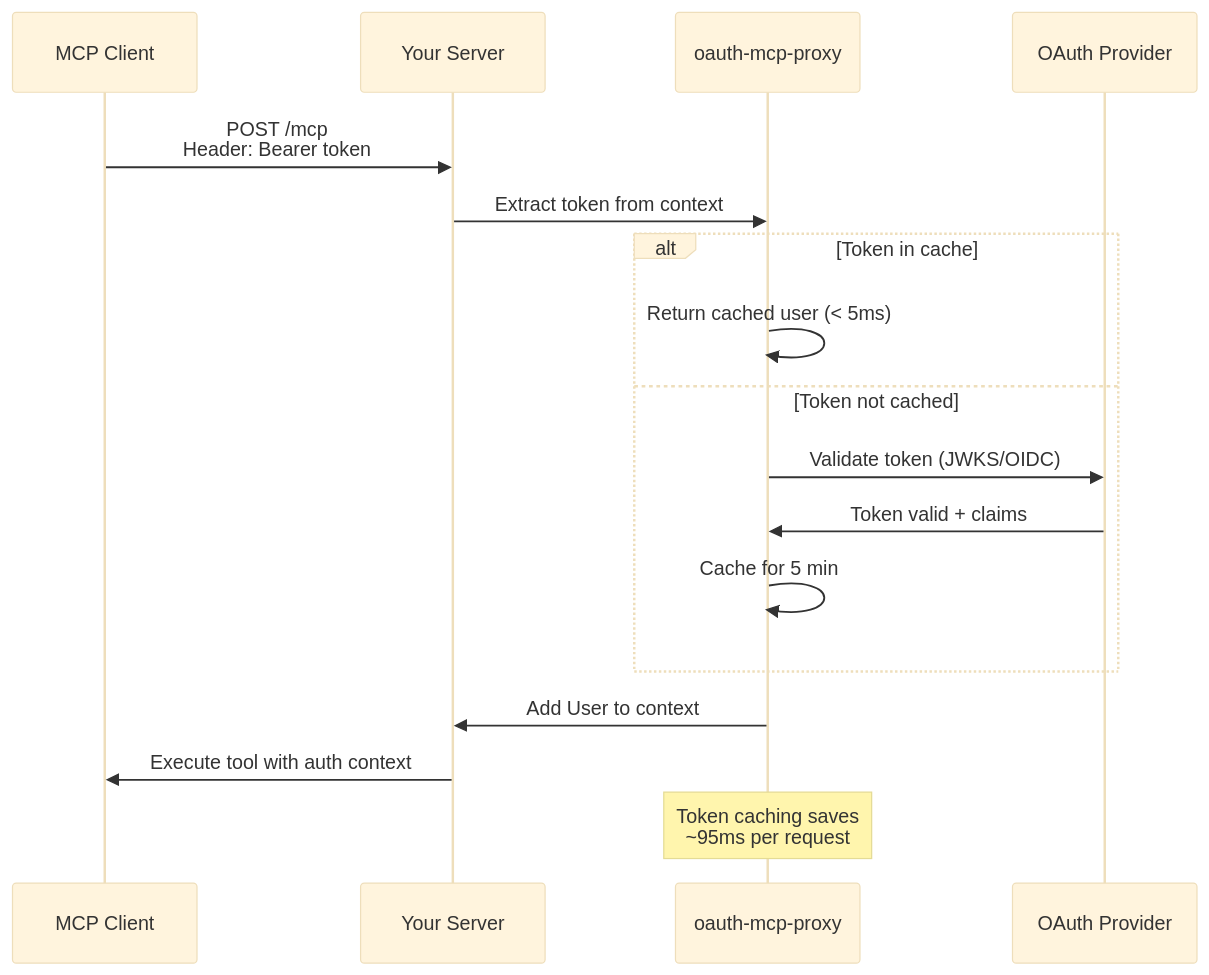
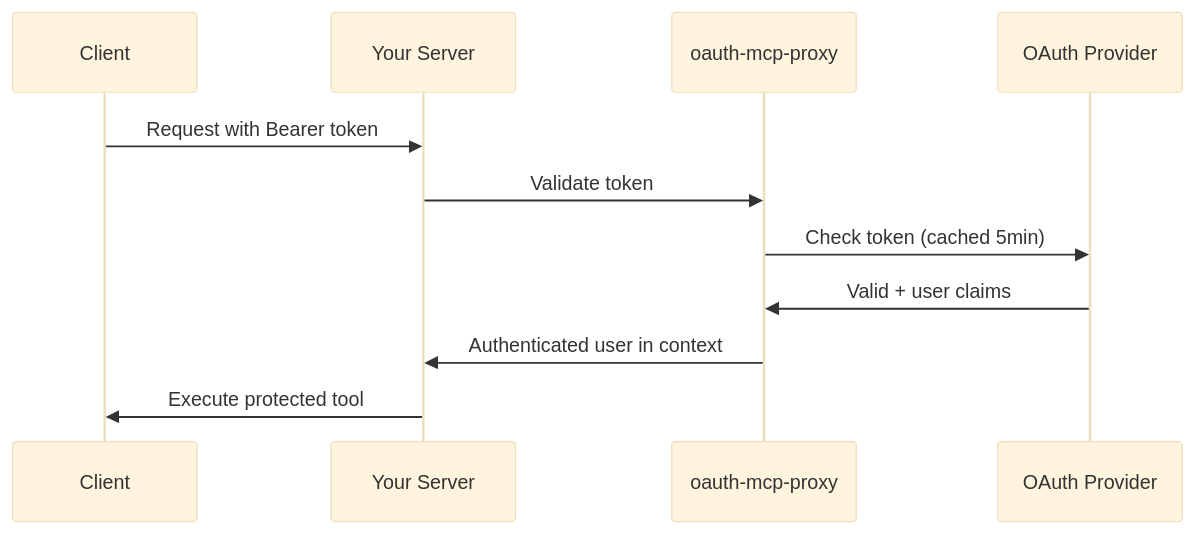
The diagram in README.md (tuannvm/oauth-mcp-proxy), drawn with Mermaid (base theme) before and after one commit. The commit also changed other lines of this file and 28 other files, not shown here.

````diff
--- a/README.md
+++ b/README.md
@@ -84,23 +41,14 @@
 ```mermaid
 sequenceDiagram
-    participant C as MCP Client
-    participant S as Your Server
-    participant O as oauth-mcp-proxy
-    participant P as OAuth Provider
+    participant Client
+    participant Your Server
+    participant oauth-mcp-proxy
+    participant OAuth Provider
 
-    C->>S: POST /mcp<br/>Header: Bearer token
-    S->>O: Extract token from context
-
-    alt Token in cache
-        O->>O: Return cached user (< 5ms)
-    else Token not cached
-        O->>P: Validate token (JWKS/OIDC)
-        P->>O: Token valid + claims
-        O->>O: Cache for 5 min
-    end
-
-    O->>S: Add User to context
-    S->>C: Execute tool with auth context
-
-    Note over O: Token caching saves<br/>~95ms per request
+    Client->>Your Server: Request with Bearer token
+    Your Server->>oauth-mcp-proxy: Validate token
+    oauth-mcp-proxy->>OAuth Provider: Check token (cached 5min)
+    OAuth Provider->>oauth-mcp-proxy: Valid + user claims
+    oauth-mcp-proxy->>Your Server: Authenticated user in context
+    Your Server->>Client: Execute protected tool
 ```
````
